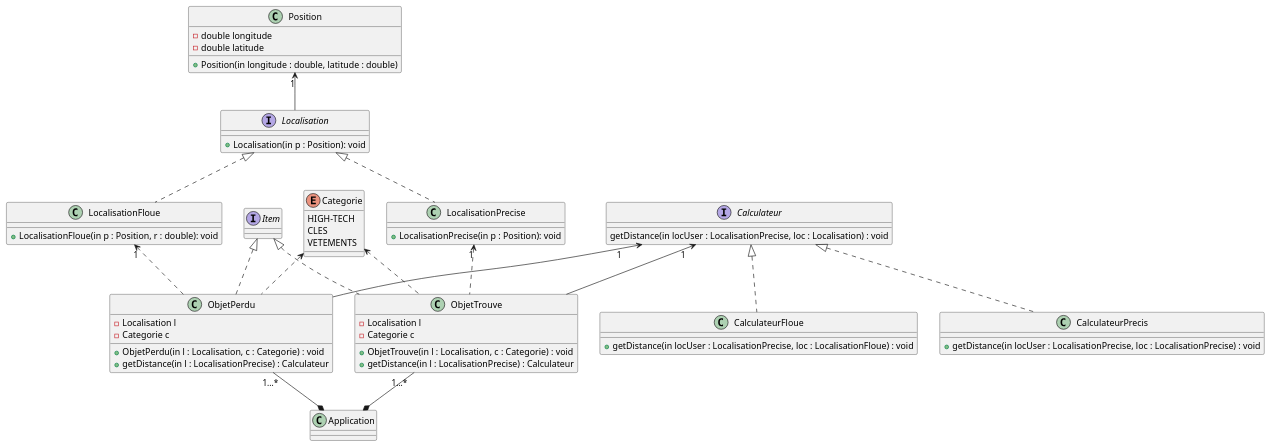
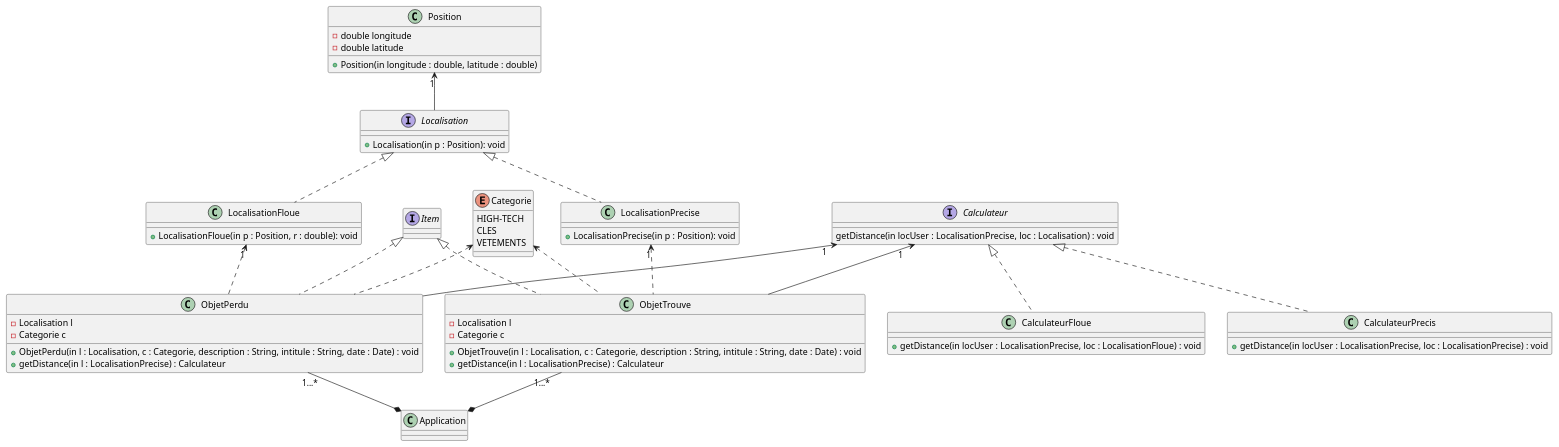
One commit to raphaelmeissonnier/Foundem_back_end changed the diagram in cahier_des_specifications/model.puml. Above: the diagram before and after it, drawn with PlantUML. The commit also changed 3 other files, not shown here.

Commit message:
Update Class Diagram and Class

```diff
--- a/cahier_des_specifications/model.puml
+++ b/cahier_des_specifications/model.puml
@@ -1,83 +1,83 @@
 @startuml
 'https://plantuml.com/class-diagram
 
 class Application
 enum Categorie
 {
     HIGH-TECH
     CLES
     VETEMENTS
 }
 interface Calculateur
 {
     getDistance(in locUser : LocalisationPrecise, loc : Localisation) : void
 }
 class CalculateurFloue
 {
     +getDistance(in locUser : LocalisationPrecise, loc : LocalisationFloue) : void
 }
 class CalculateurPrecis
 {
     +getDistance(in locUser : LocalisationPrecise, loc : LocalisationPrecise) : void
 }
 interface Item
 {
 }
 class ObjetTrouve
 {
     -Localisation l
     -Categorie c
-    +ObjetTrouve(in l : Localisation, c : Categorie) : void
+    +ObjetTrouve(in l : Localisation, c : Categorie, description : String, intitule : String, date : Date) : void
     +getDistance(in l : LocalisationPrecise) : Calculateur
 }
 class ObjetPerdu
 {
     -Localisation l
     -Categorie c
-    +ObjetPerdu(in l : Localisation, c : Categorie) : void
+    +ObjetPerdu(in l : Localisation, c : Categorie, description : String, intitule : String, date : Date) : void
     +getDistance(in l : LocalisationPrecise) : Calculateur
 }
 class Position
 {
     - double longitude
     - double latitude
     + Position(in longitude : double, latitude : double)
 }
 interface Localisation
 {
     +Localisation(in p : Position): void
 }
 class LocalisationPrecise
 {
     +LocalisationPrecise(in p : Position): void
 }
 class LocalisationFloue
 {
     +LocalisationFloue(in p : Position, r : double): void
 }
 
 
 ObjetTrouve "1...*" --* Application
 ObjetPerdu "1...*" --* Application
 
 Categorie <.. ObjetTrouve
 Categorie <.. ObjetPerdu
 
 Item <|.. ObjetPerdu
 Item <|.. ObjetTrouve
 
 Localisation <|.. LocalisationPrecise
 Localisation <|.. LocalisationFloue
 
 LocalisationPrecise "1" <.. ObjetTrouve
 LocalisationFloue "1" <.. ObjetPerdu
 
 Position "1" <-- Localisation
 
 Calculateur "1" <-- ObjetTrouve
 Calculateur "1" <-- ObjetPerdu
 
 Calculateur <|.. CalculateurFloue
 Calculateur <|.. CalculateurPrecis
 
 @enduml
```
